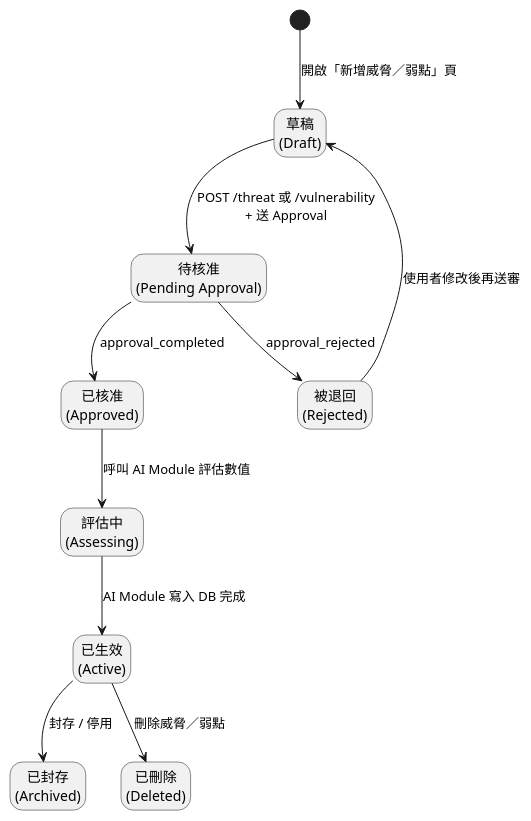
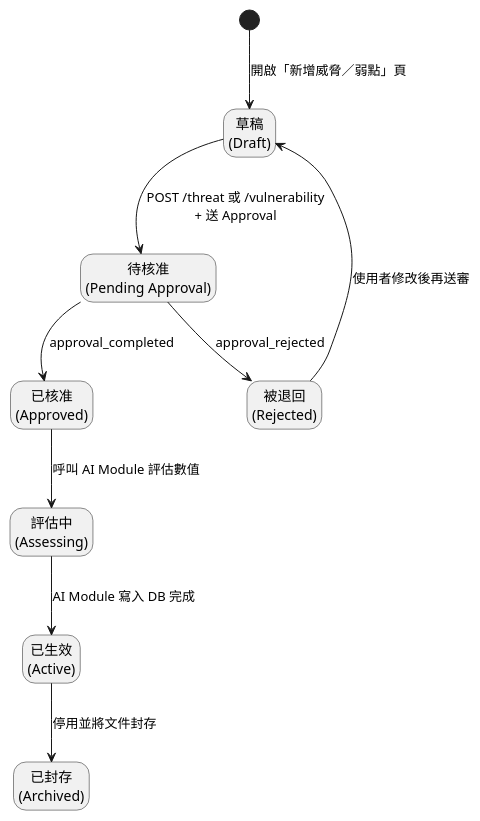
The diagram in plantUML/state/threat_vuln.puml (walle45611/NTUB_SecuManag_Diagram), drawn with PlantUML before and after one commit. The commit also changed 4 other files, not shown here.

Commit message:
(feat): 更新資產、資產設定、風險及威脅/弱點的狀態圖，調整封存與刪除的描述 (#62)

```diff
--- a/plantUML/state/threat_vuln.puml
+++ b/plantUML/state/threat_vuln.puml
@@ -1,28 +1,26 @@
 @startuml
 
 hide empty description
 
 [*] --> Draft : 開啟「新增威脅／弱點」頁
 state "草稿\n(Draft)" as Draft <<draft>>
 
 Draft --> PendingApproval : POST /threat 或 /vulnerability\n+ 送 Approval
 state "待核准\n(Pending Approval)" as PendingApproval <<approval>>
 
 PendingApproval --> Approved  : approval_completed
 PendingApproval --> Rejected  : approval_rejected
 state "被退回\n(Rejected)" as Rejected <<error>>
 Rejected --> Draft : 使用者修改後再送審
 
 state "已核准\n(Approved)" as Approved <<approval>>
 Approved --> Assessing : 呼叫 AI Module 評估數值
 state "評估中\n(Assessing)" as Assessing <<assess>>
 
 Assessing --> Active : AI Module 寫入 DB 完成
 state "已生效\n(Active)" as Active <<active>>
 
-Active --> Archived : 封存 / 停用
+Active --> Archived : 停用並將文件封存
 state "已封存\n(Archived)" as Archived <<terminal>>
 
-Active --> Deleted : 刪除威脅／弱點
-state "已刪除\n(Deleted)" as Deleted <<terminal>>
 @enduml
```
